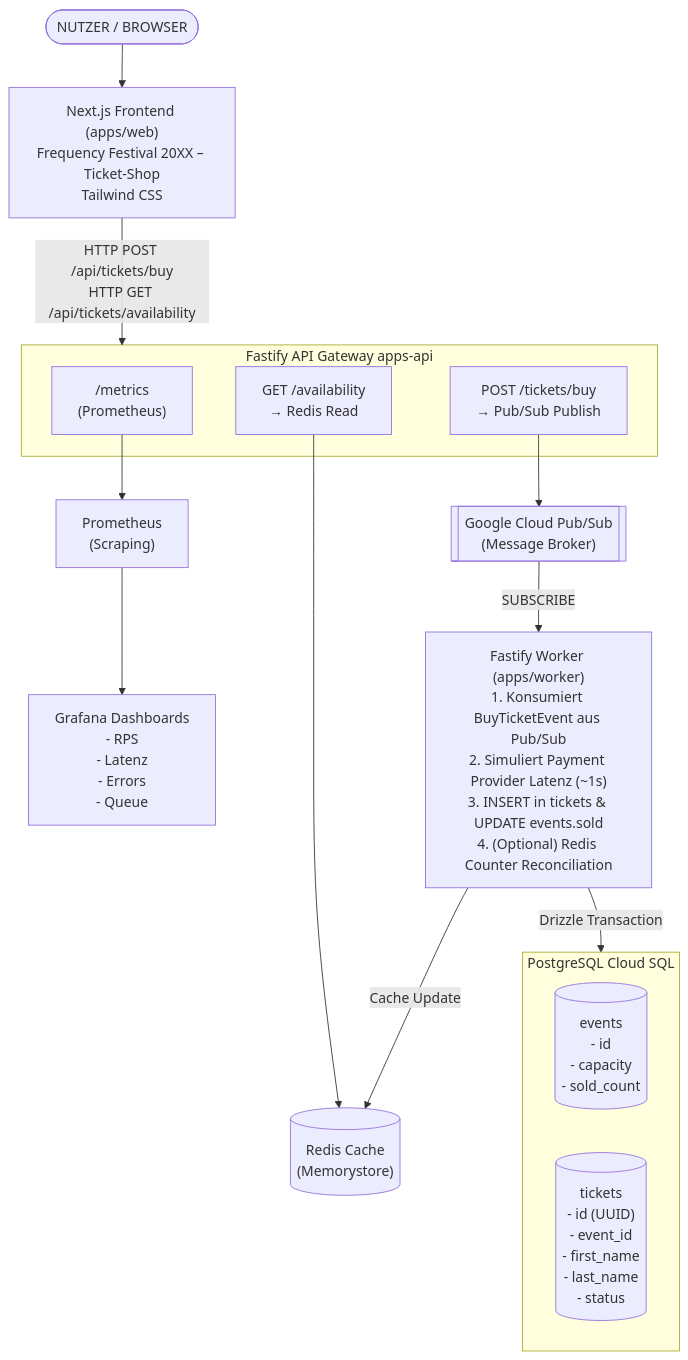
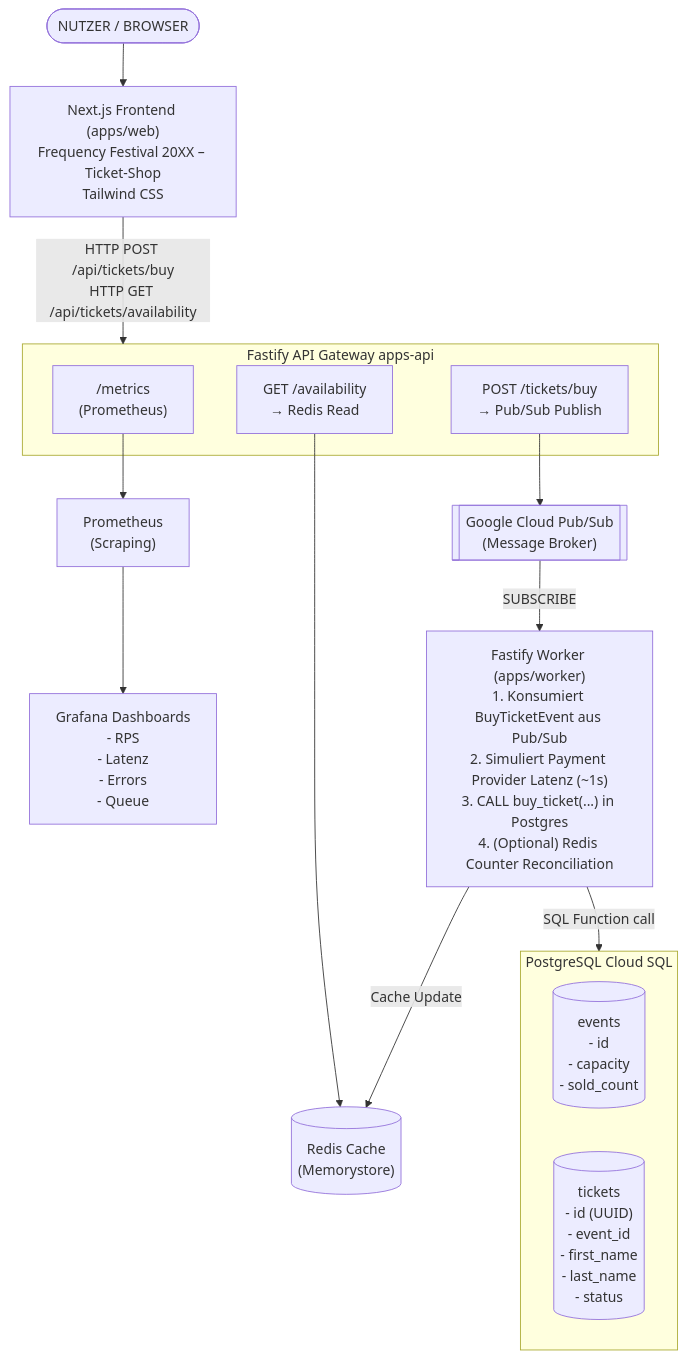
Before and after one commit to schuler-ph/high-frequency-ticket-system: the first of 2 diagrams in docs/ARCHITECTURE.md, drawn with Mermaid. The commit also changed other lines of this file and 10 other files, not shown here.

````diff
--- a/docs/ARCHITECTURE.md
+++ b/docs/ARCHITECTURE.md
@@ -7,39 +7,39 @@
 ```mermaid
 flowchart TD
     User([NUTZER / BROWSER])
 
     Frontend["Next.js Frontend (apps/web)<br/>Frequency Festival 20XX – Ticket-Shop<br/>Tailwind CSS"]
 
     subgraph API [Fastify API Gateway apps-api]
         API_metrics["/metrics<br/>(Prometheus)"]
         API_avail["GET /availability<br/>→ Redis Read"]
         API_buy["POST /tickets/buy<br/>→ Pub/Sub Publish"]
     end
 
     Prometheus["Prometheus<br/>(Scraping)"]
     Redis[("Redis Cache<br/>(Memorystore)")]
     PubSub[["Google Cloud Pub/Sub<br/>(Message Broker)"]]
 
     Grafana["Grafana Dashboards<br/>- RPS<br/>- Latenz<br/>- Errors<br/>- Queue"]
 
-    Worker["Fastify Worker (apps/worker)<br/>1. Konsumiert BuyTicketEvent aus Pub/Sub<br/>2. Simuliert Payment Provider Latenz (~1s)<br/>3. INSERT in tickets & UPDATE events.sold<br/>4. (Optional) Redis Counter Reconciliation"]
+    Worker["Fastify Worker (apps/worker)<br/>1. Konsumiert BuyTicketEvent aus Pub/Sub<br/>2. Simuliert Payment Provider Latenz (~1s)<br/>3. CALL buy_ticket(...) in Postgres<br/>4. (Optional) Redis Counter Reconciliation"]
 
     subgraph DB [PostgreSQL Cloud SQL]
         events[("events<br/>- id<br/>- capacity<br/>- sold_count")]
         tickets[("tickets<br/>- id (UUID)<br/>- event_id<br/>- first_name<br/>- last_name<br/>- status")]
     end
 
     User --> Frontend
     Frontend -->|"HTTP POST /api/tickets/buy<br/>HTTP GET /api/tickets/availability"| API
 
     API_metrics --> Prometheus
     API_avail --> Redis
     API_buy --> PubSub
 
     Prometheus --> Grafana
 
     Worker -->|Cache Update| Redis
     PubSub -->|SUBSCRIBE| Worker
 
-    Worker -->|Drizzle Transaction| DB
+    Worker -->|SQL Function call| DB
 ```
````
